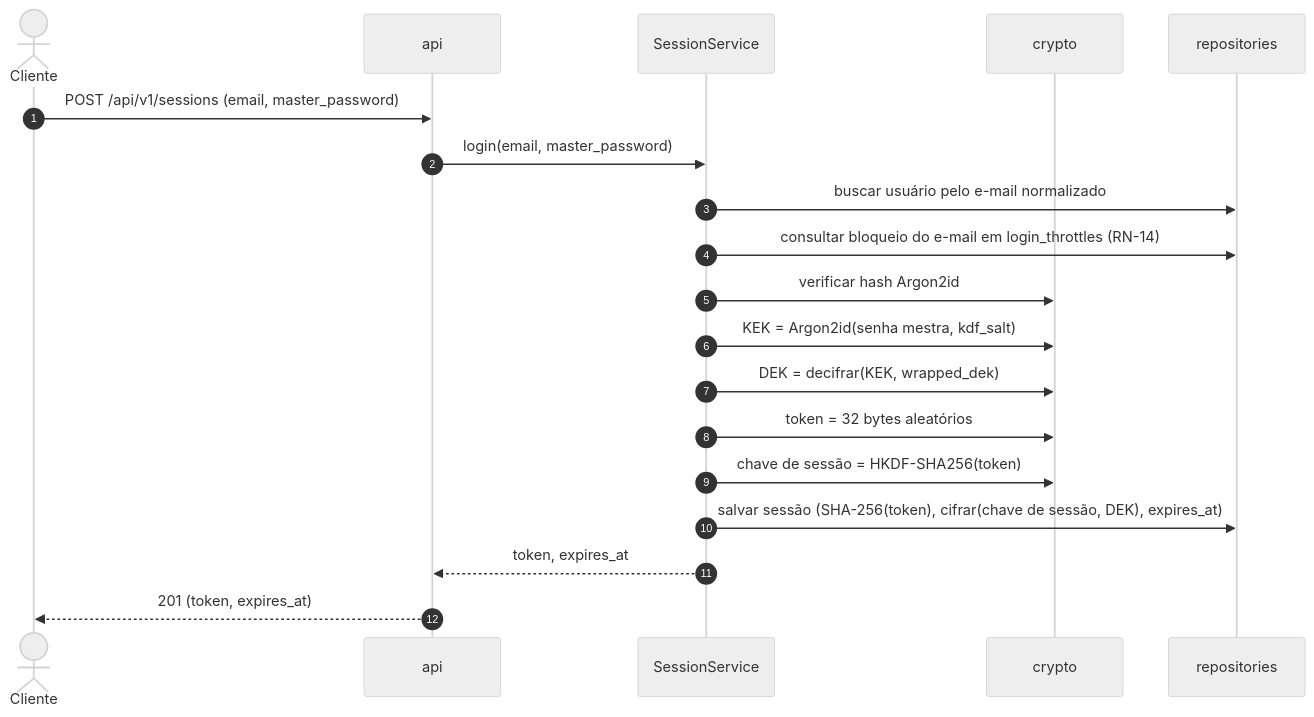
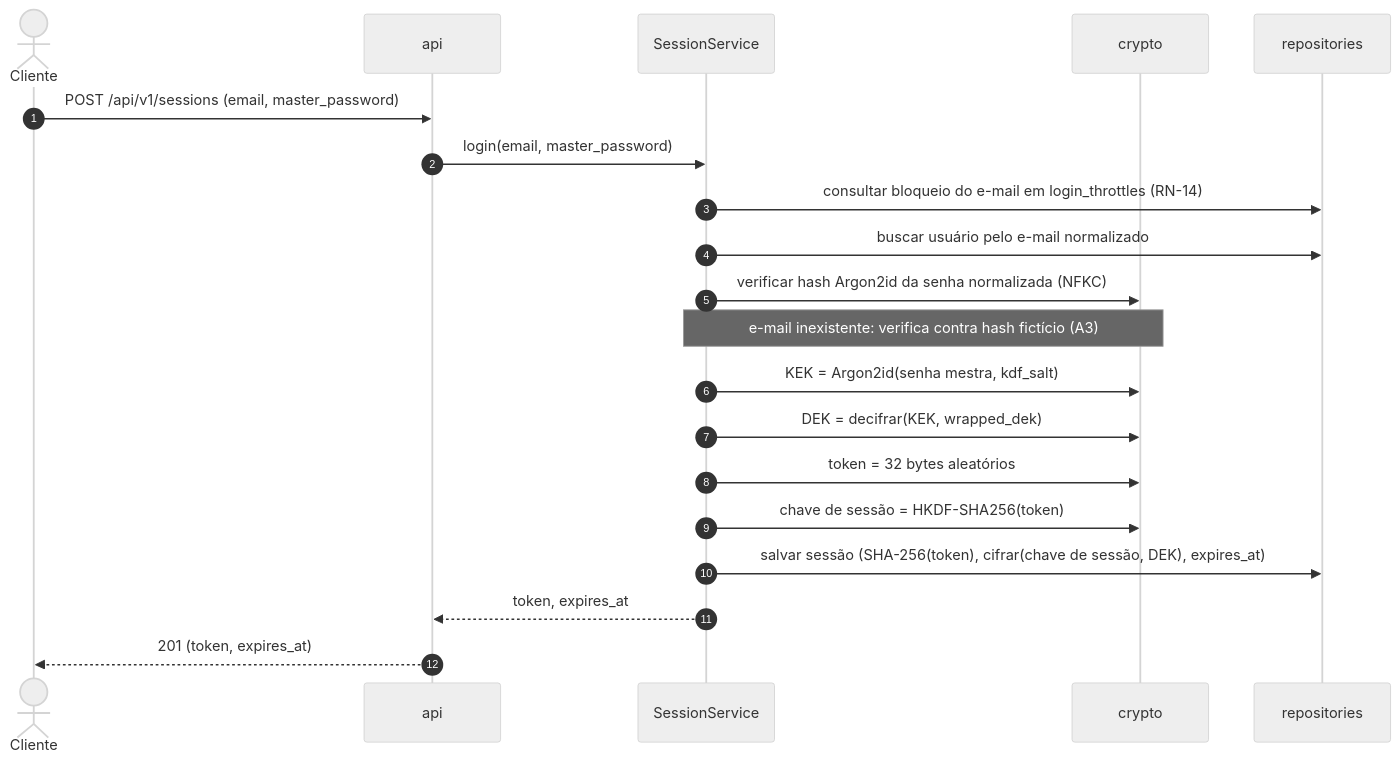
One commit to GuidaGaita/bootcamp changed the fourth of 5 diagrams in docs/03-arquitetura.md. Above: the diagram before and after it, drawn with Mermaid (neutral theme). The commit also changed other lines of this file, not shown here.

````diff
--- a/docs/03-arquitetura.md
+++ b/docs/03-arquitetura.md
@@ -147,21 +148,22 @@
 ```mermaid
 sequenceDiagram
   autonumber
   actor C as Cliente
   participant API as api
   participant SS as SessionService
   participant CR as crypto
   participant DB as repositories
   C->>API: POST /api/v1/sessions (email, master_password)
   API->>SS: login(email, master_password)
+  SS->>DB: consultar bloqueio do e-mail em login_throttles (RN-14)
   SS->>DB: buscar usuário pelo e-mail normalizado
-  SS->>DB: consultar bloqueio do e-mail em login_throttles (RN-14)
-  SS->>CR: verificar hash Argon2id
+  SS->>CR: verificar hash Argon2id da senha normalizada (NFKC)
+  Note over SS,CR: e-mail inexistente: verifica contra hash fictício (A3)
   SS->>CR: KEK = Argon2id(senha mestra, kdf_salt)
   SS->>CR: DEK = decifrar(KEK, wrapped_dek)
   SS->>CR: token = 32 bytes aleatórios
   SS->>CR: chave de sessão = HKDF-SHA256(token)
   SS->>DB: salvar sessão (SHA-256(token), cifrar(chave de sessão, DEK), expires_at)
   SS-->>API: token, expires_at
   API-->>C: 201 (token, expires_at)
 ```
````
